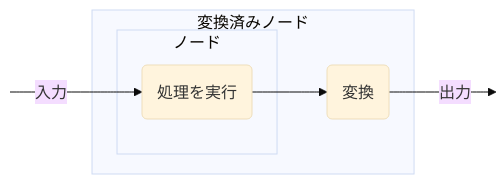
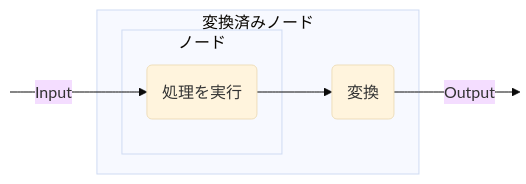
One commit to BinaryTape/Open-Docs changed diagram 15 of 15 in docs/ja/koog/nodes-and-components.md. Above: the diagram before and after it, drawn with Mermaid (base theme). The commit also changed other lines of this file and 818 other files, not shown here.

````diff
--- a/docs/ja/koog/nodes-and-components.md
+++ b/docs/ja/koog/nodes-and-components.md
@@ -555,16 +863,16 @@
 ```mermaid
 graph LR
     in:::hidden
     out:::hidden
     
     subgraph nodeWithTransform [変換済みノード]
         subgraph node ["ノード"]
             execute(処理を実行)
         end
         transform(変換)
     end
     
-    in --入力--> execute --> transform --出力--> out
+    in --Input--> execute --> transform --Output--> out
 
     classDef hidden display: none;
 ```
````
